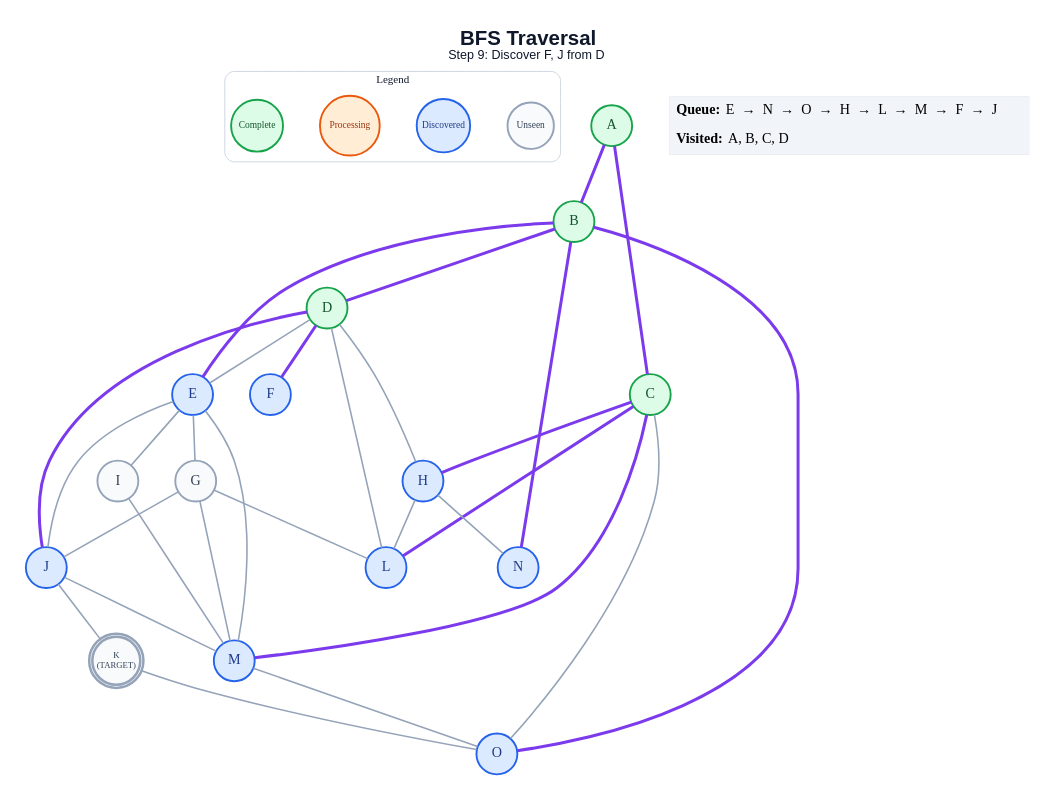
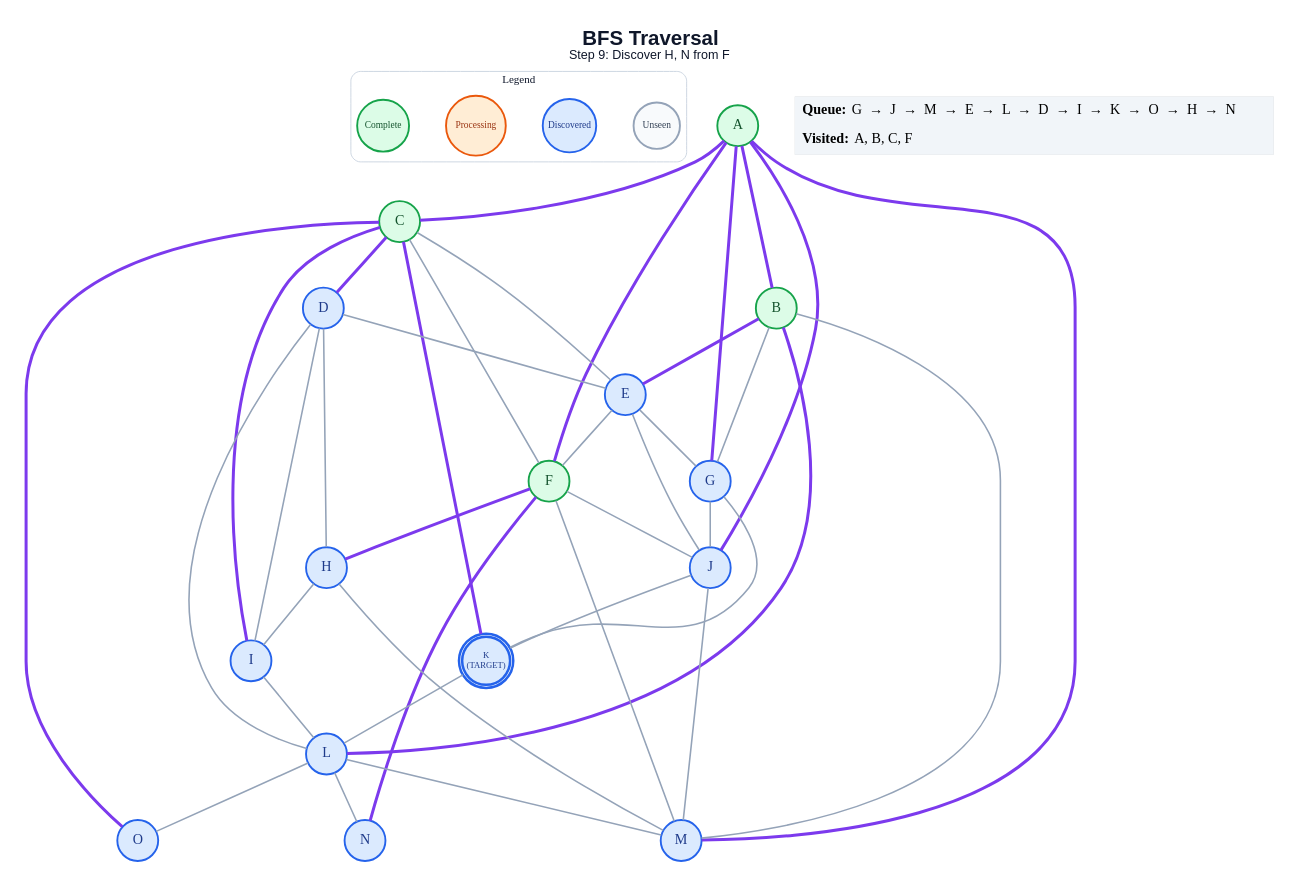
Before and after one commit to anon7238593-create/ai-slop: the diagram in generated/specific-node/bfs/step_09.dot, drawn with Graphviz. The commit also changed 279 other files, not shown here.

```diff
--- a/generated/specific-node/bfs/step_09.dot
+++ b/generated/specific-node/bfs/step_09.dot
@@ -1,63 +1,72 @@
 graph traversal {
   graph [layout=dot, rankdir=TB, bgcolor="#FFFFFF", pad="0.35", nodesep="0.65", ranksep="0.8", fontname="Arial"];
   node [shape=circle, style="filled", fontname="Arial Bold", fontsize=18, width=0.72, fixedsize=true, penwidth=2.4];
   edge [color="#94A3B8", penwidth=2.0];
-  label=<<B>BFS Traversal</B><BR/><FONT POINT-SIZE="16">Step 9: Discover F, J from D</FONT>>; labelloc="t"; fontsize=26; fontname="Arial"; fontcolor="#0F172A";
+  label=<<B>BFS Traversal</B><BR/><FONT POINT-SIZE="16">Step 9: Discover H, N from F</FONT>>; labelloc="t"; fontsize=26; fontname="Arial"; fontcolor="#0F172A";
   subgraph cluster_legend { label="Legend"; color="#CBD5E1"; penwidth=1.2; style="rounded"; fontsize=14; fontname="Arial Bold";
     key_unseen [label="Unseen", fillcolor="#F8FAFC", color="#94A3B8", fontcolor="#334155", fontsize=12, width=0.82];
     key_frontier [label="Discovered", fillcolor="#DBEAFE", color="#2563EB", fontcolor="#1E3A8A", fontsize=12, width=0.95];
     key_current [label="Processing", fillcolor="#FFEDD5", color="#EA580C", fontcolor="#9A3412", fontsize=12, width=1.05];
     key_done [label="Complete", fillcolor="#DCFCE7", color="#16A34A", fontcolor="#14532D", fontsize=12, width=0.92];
     { rank=same; key_unseen; key_frontier; key_current; key_done; }
   }
   A [label="A", fillcolor="#DCFCE7", color="#16A34A", fontcolor="#14532D", peripheries=1, penwidth=2.4];
   B [label="B", fillcolor="#DCFCE7", color="#16A34A", fontcolor="#14532D", peripheries=1, penwidth=2.4];
   C [label="C", fillcolor="#DCFCE7", color="#16A34A", fontcolor="#14532D", peripheries=1, penwidth=2.4];
-  D [label="D", fillcolor="#DCFCE7", color="#16A34A", fontcolor="#14532D", peripheries=1, penwidth=2.4];
+  D [label="D", fillcolor="#DBEAFE", color="#2563EB", fontcolor="#1E3A8A", peripheries=1, penwidth=2.4];
   E [label="E", fillcolor="#DBEAFE", color="#2563EB", fontcolor="#1E3A8A", peripheries=1, penwidth=2.4];
-  F [label="F", fillcolor="#DBEAFE", color="#2563EB", fontcolor="#1E3A8A", peripheries=1, penwidth=2.4];
-  G [label="G", fillcolor="#F8FAFC", color="#94A3B8", fontcolor="#334155", peripheries=1, penwidth=2.4];
+  F [label="F", fillcolor="#DCFCE7", color="#16A34A", fontcolor="#14532D", peripheries=1, penwidth=2.4];
+  G [label="G", fillcolor="#DBEAFE", color="#2563EB", fontcolor="#1E3A8A", peripheries=1, penwidth=2.4];
   H [label="H", fillcolor="#DBEAFE", color="#2563EB", fontcolor="#1E3A8A", peripheries=1, penwidth=2.4];
-  I [label="I", fillcolor="#F8FAFC", color="#94A3B8", fontcolor="#334155", peripheries=1, penwidth=2.4];
+  I [label="I", fillcolor="#DBEAFE", color="#2563EB", fontcolor="#1E3A8A", peripheries=1, penwidth=2.4];
   J [label="J", fillcolor="#DBEAFE", color="#2563EB", fontcolor="#1E3A8A", peripheries=1, penwidth=2.4];
-  K [label="K\n(TARGET)", fillcolor="#F8FAFC", color="#94A3B8", fontcolor="#334155", peripheries=2, penwidth=3.2, fontsize=11, width=0.85, height=0.85];
+  K [label="K\n(TARGET)", fillcolor="#DBEAFE", color="#2563EB", fontcolor="#1E3A8A", peripheries=2, penwidth=3.2, fontsize=11, width=0.85, height=0.85];
   L [label="L", fillcolor="#DBEAFE", color="#2563EB", fontcolor="#1E3A8A", peripheries=1, penwidth=2.4];
   M [label="M", fillcolor="#DBEAFE", color="#2563EB", fontcolor="#1E3A8A", peripheries=1, penwidth=2.4];
   N [label="N", fillcolor="#DBEAFE", color="#2563EB", fontcolor="#1E3A8A", peripheries=1, penwidth=2.4];
   O [label="O", fillcolor="#DBEAFE", color="#2563EB", fontcolor="#1E3A8A", peripheries=1, penwidth=2.4];
   A -- B [color="#7C3AED", penwidth=3.8];
   A -- C [color="#7C3AED", penwidth=3.8];
-  B -- D [color="#7C3AED", penwidth=3.8];
+  A -- F [color="#7C3AED", penwidth=3.8];
+  A -- G [color="#7C3AED", penwidth=3.8];
+  A -- J [color="#7C3AED", penwidth=3.8];
+  A -- M [color="#7C3AED", penwidth=3.8];
   B -- E [color="#7C3AED", penwidth=3.8];
-  B -- N [color="#7C3AED", penwidth=3.8];
-  B -- O [color="#7C3AED", penwidth=3.8];
-  C -- H [color="#7C3AED", penwidth=3.8];
-  C -- L [color="#7C3AED", penwidth=3.8];
-  C -- M [color="#7C3AED", penwidth=3.8];
-  C -- O;
+  B -- G;
+  B -- L [color="#7C3AED", penwidth=3.8];
+  B -- M;
+  C -- D [color="#7C3AED", penwidth=3.8];
+  C -- E;
+  C -- F;
+  C -- I [color="#7C3AED", penwidth=3.8];
+  C -- K [color="#7C3AED", penwidth=3.8];
+  C -- O [color="#7C3AED", penwidth=3.8];
   D -- E;
-  D -- F [color="#7C3AED", penwidth=3.8];
   D -- H;
-  D -- J [color="#7C3AED", penwidth=3.8];
+  D -- I;
   D -- L;
+  E -- F;
   E -- G;
-  E -- I;
   E -- J;
-  E -- M;
+  F -- H [color="#7C3AED", penwidth=3.8];
+  F -- J;
+  F -- M;
+  F -- N [color="#7C3AED", penwidth=3.8];
   G -- J;
-  G -- L;
-  G -- M;
-  H -- L;
-  H -- N;
-  I -- M;
+  G -- K;
+  H -- I;
+  H -- M;
+  I -- L;
   J -- K;
   J -- M;
-  K -- O;
-  M -- O;
+  K -- L;
+  L -- M;
+  L -- N;
+  L -- O;
   status [shape=plain, fixedsize=false, width=0, height=0, margin=0, label=<
     <TABLE BORDER="0" CELLBORDER="0" CELLPADDING="7" BGCOLOR="#F1F5F9">
-      <TR><TD ALIGN="LEFT"><B>Queue:</B> E  →  N  →  O  →  H  →  L  →  M  →  F  →  J</TD></TR>
-      <TR><TD ALIGN="LEFT"><B>Visited:</B> A, B, C, D</TD></TR>
+      <TR><TD ALIGN="LEFT"><B>Queue:</B> G  →  J  →  M  →  E  →  L  →  D  →  I  →  K  →  O  →  H  →  N</TD></TR>
+      <TR><TD ALIGN="LEFT"><B>Visited:</B> A, B, C, F</TD></TR>
     </TABLE>
   >];
 }
```
